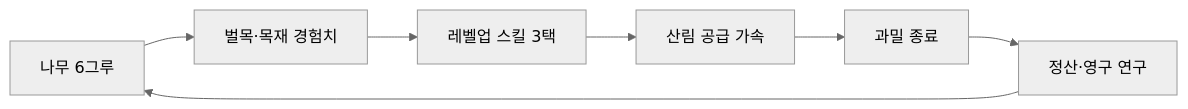
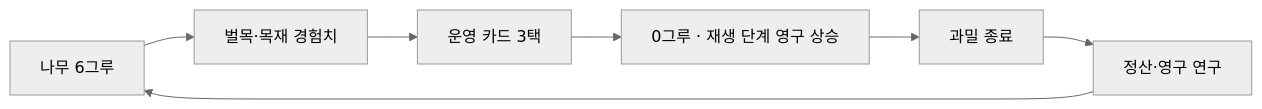
The diagram in docs/SCORE_ATTACK_META_LOOP.md (hyunsuhahaha/def_game), drawn with Mermaid (neutral theme) before and after one commit. The commit also changed other lines of this file and 12 other files, not shown here.

````diff
--- a/docs/SCORE_ATTACK_META_LOOP.md
+++ b/docs/SCORE_ATTACK_META_LOOP.md
@@ -14,9 +16,9 @@
 ```mermaid
 flowchart LR
     A[나무 6그루] --> B[벌목·목재 경험치]
-    B --> C[레벨업 스킬 3택]
-    C --> D[산림 공급 가속]
+    B --> C[운영 카드 3택]
+    C --> D[0그루 · 재생 단계 영구 상승]
     D --> E[과밀 종료]
     E --> F[정산·영구 연구]
     F --> A
 ```
````
